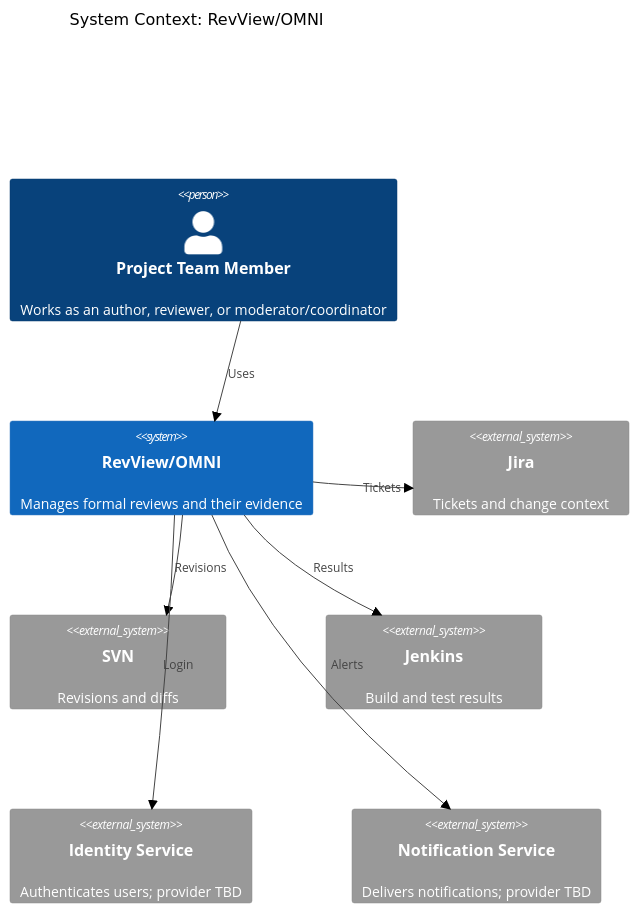
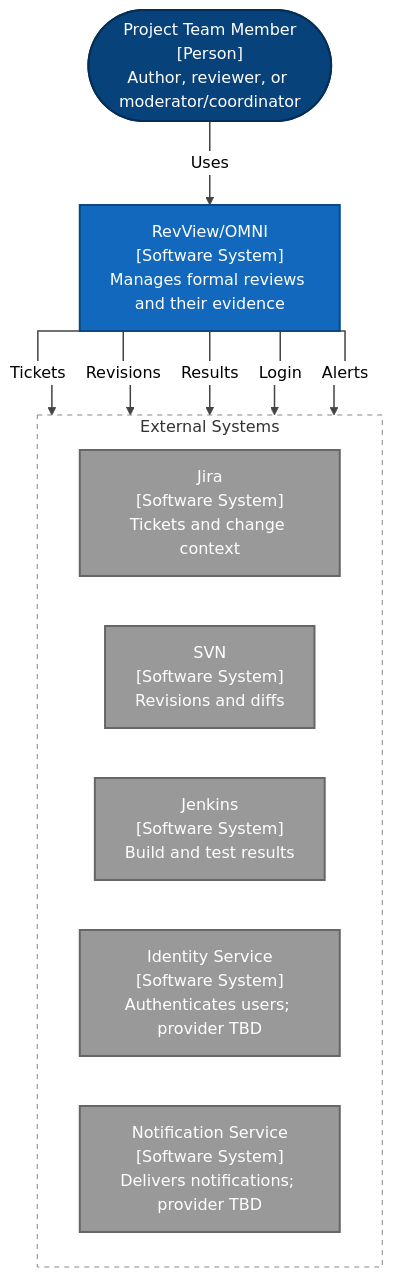
The second of 4 diagrams in docs/design/architectural-design.md (olehzu/RevView-OMNI), drawn with Mermaid (neutral theme) before and after one commit. The commit also changed other lines of this file, not shown here.

````diff
--- a/docs/design/architectural-design.md
+++ b/docs/design/architectural-design.md
@@ -115,23 +115,31 @@
 ```mermaid
-C4Context
-    title System Context: RevView/OMNI
+%%{init: {"flowchart": {"nodeSpacing": 50, "rankSpacing": 60, "curve": "stepAfter"}}}%%
+flowchart TB
+    team(["Project Team Member<br/>[Person]<br/>Author, reviewer, or moderator/coordinator"])
+    omni["RevView/OMNI<br/>[Software System]<br/>Manages formal reviews and their evidence"]
 
-    Person(team_member, "Project Team Member", "Works as an author, reviewer, or moderator/coordinator")
+    subgraph external["External Systems"]
+        direction LR
+        jira["Jira<br/>[Software System]<br/>Tickets and change context"]
+        svn["SVN<br/>[Software System]<br/>Revisions and diffs"]
+        jenkins["Jenkins<br/>[Software System]<br/>Build and test results"]
+        identity["Identity Service<br/>[Software System]<br/>Authenticates users; provider TBD"]
+        notification["Notification Service<br/>[Software System]<br/>Delivers notifications; provider TBD"]
+    end
 
-    System(omni, "RevView/OMNI", "Manages formal reviews and their evidence")
+    team -->|Uses| omni
+    omni -->|Tickets| jira
+    omni -->|Revisions| svn
+    omni -->|Results| jenkins
+    omni -->|Login| identity
+    omni -->|Alerts| notification
 
-    System_Ext(jira, "Jira", "Tickets and change context")
-    System_Ext(svn, "SVN", "Revisions and diffs")
-    System_Ext(jenkins, "Jenkins", "Build and test results")
-    System_Ext(identity, "Identity Service", "Authenticates users; provider TBD")
-    System_Ext(notification, "Notification Service", "Delivers notifications; provider TBD")
-
-    Rel_R(team_member, omni, "Uses")
-    Rel_D(omni, jira, "Tickets")
-    Rel_D(omni, svn, "Revisions")
-    Rel_D(omni, jenkins, "Results")
-    Rel_R(omni, identity, "Login")
-    Rel_L(omni, notification, "Alerts")
-
-    UpdateLayoutConfig($c4ShapeInRow="4", $c4BoundaryInRow="1")
+    classDef person fill:#08427b,stroke:#052e56,color:#fff,stroke-width:2px
+    classDef system fill:#1168bd,stroke:#0b4884,color:#fff,stroke-width:2px
+    classDef externalSystem fill:#999,stroke:#666,color:#fff,stroke-width:2px
+    class team person
+    class omni system
+    class jira,svn,jenkins,identity,notification externalSystem
+    style external fill:transparent,stroke:#888,stroke-dasharray:5 5
+    linkStyle default stroke:#444,stroke-width:1.5px
 ```
````
